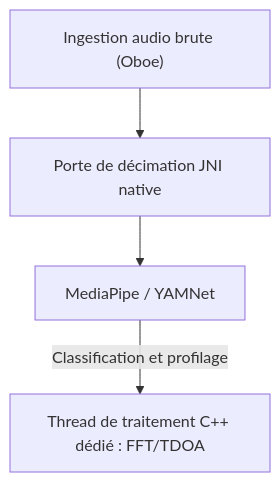
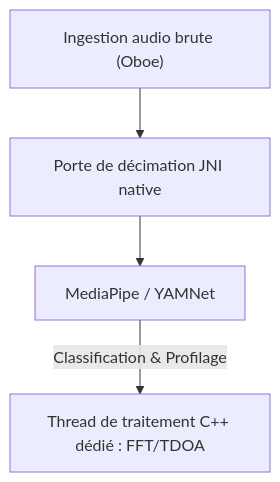
The diagram in AREADME_fr.md (rpalm01-star/VigilantEarLegal), drawn with Mermaid before and after one commit. The commit also changed other lines of this file and 7 other files, not shown here.

````diff
--- a/AREADME_fr.md
+++ b/AREADME_fr.md
@@ -39,6 +43,6 @@
 ```mermaid
 graph TD
     A["Ingestion audio brute (Oboe)"] --> B["Porte de décimation JNI native"]
     B --> C["MediaPipe / YAMNet"]
-    C -- "Classification et profilage" --> D["Thread de traitement C++ dédié : FFT/TDOA"]
+    C -- "Classification & Profilage" --> D["Thread de traitement C++ dédié : FFT/TDOA"]
 ```
````
